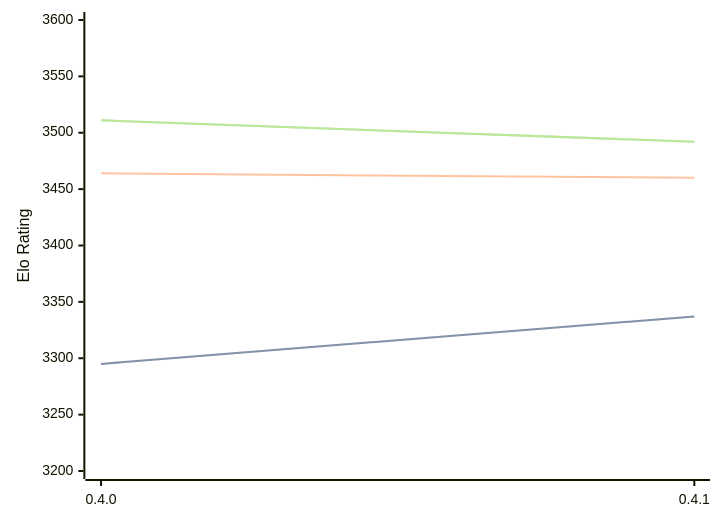
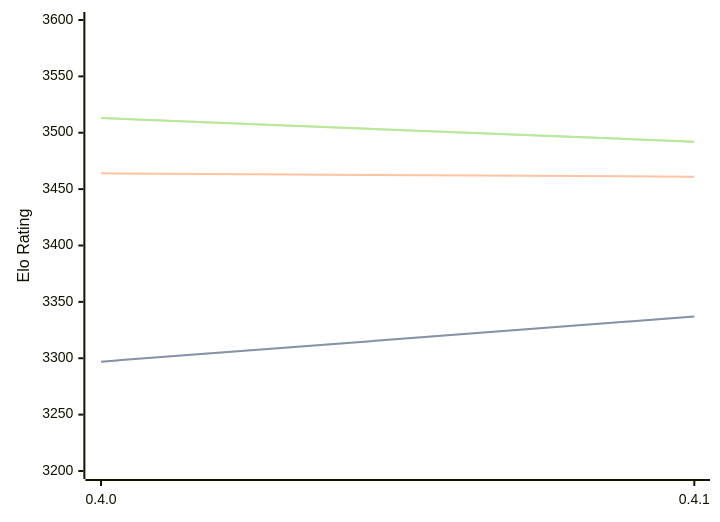
The first of 3 diagrams in engines/Cinder.md (computer-chess-index/cci), drawn with Mermaid before and after one commit. The commit also changed other lines of this file, not shown here.

Commit message:
Update CCI Ratings (ELO VLTC) - 2026-06-24

````diff
--- a/engines/Cinder.md
+++ b/engines/Cinder.md
@@ -40,11 +40,11 @@
 ```mermaid
 %%{init: {"theme":"base","themeVariables":{"seriesColors:['#a3a3a3','#222221','#faa371']}}}%%
 xychart-beta
   x-axis ["0.4.0", "0.4.1"]
   y-axis "Elo Rating" 3200 --> 3600
-  line "STC (8.0+0.08s)" [3295, 3337]
-  line "STC (8.0+0.08s)" [3295, 3337]
-  line "LTC (60.0+0.60s)" [3464, 3460]
-  line "VLTC (2m24s+1.12s)" [3511, 3492]
-  line "VLTC (2m24s+1.12s)" [3511, 3492]
+  line "STC (8.0+0.08s)" [3297, 3337]
+  line "STC (8.0+0.08s)" [3297, 3337]
+  line "LTC (60.0+0.60s)" [3464, 3461]
+  line "VLTC (2m24s+1.12s)" [3513, 3492]
+  line "VLTC (2m24s+1.12s)" [3513, 3492]
 ```
````
